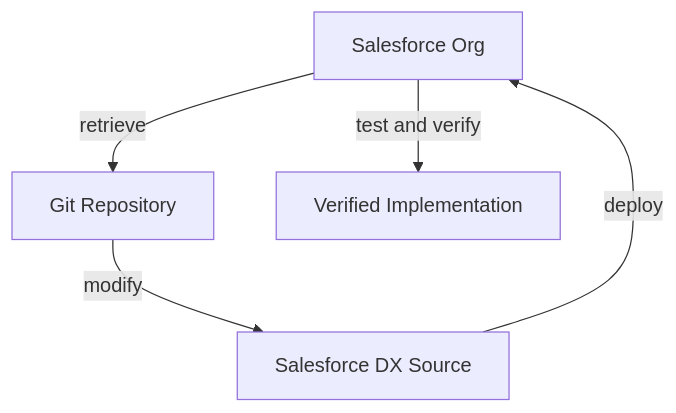
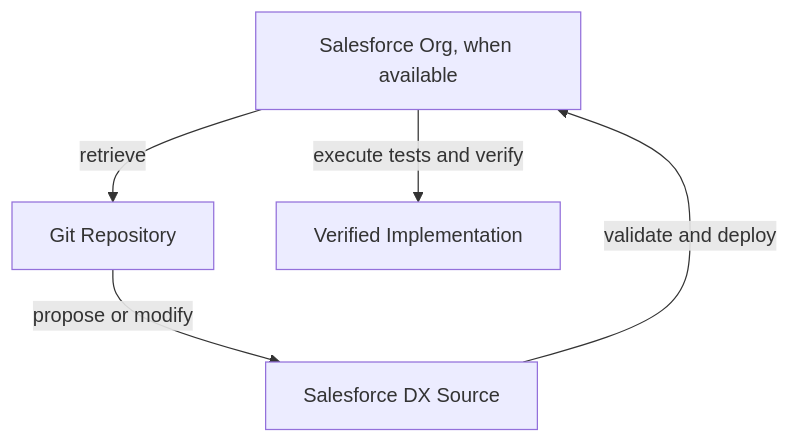
The diagram in CONTRIBUTING.md (mrmaaridhanush57-design/Multiline-insurance-policy-resource), drawn with Mermaid before and after one commit. The commit also changed other lines of this file and 82 other files, not shown here.

````diff
--- a/CONTRIBUTING.md
+++ b/CONTRIBUTING.md
@@ -18,7 +27,7 @@
 ```mermaid
 flowchart TD
-    Org[Salesforce Org] -->|retrieve| Git[Git Repository]
-    Git -->|modify| Source[Salesforce DX Source]
-    Source -->|deploy| Org
-    Org -->|test and verify| Verified[Verified Implementation]
+    Org[Salesforce Org, when available] -->|retrieve| Git[Git Repository]
+    Git -->|propose or modify| Source[Salesforce DX Source]
+    Source -->|validate and deploy| Org
+    Org -->|execute tests and verify| Verified[Verified Implementation]
 ```
````
